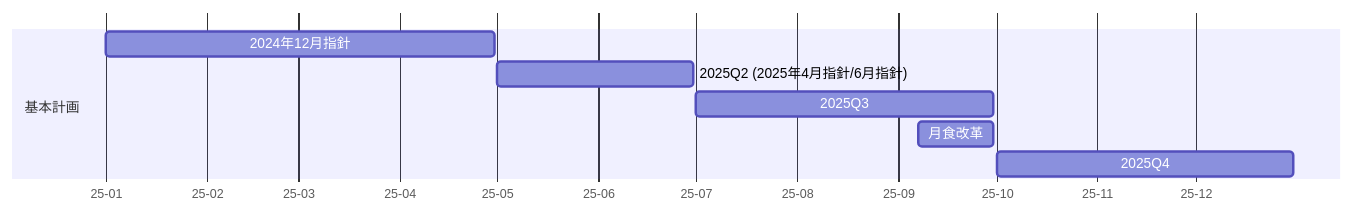
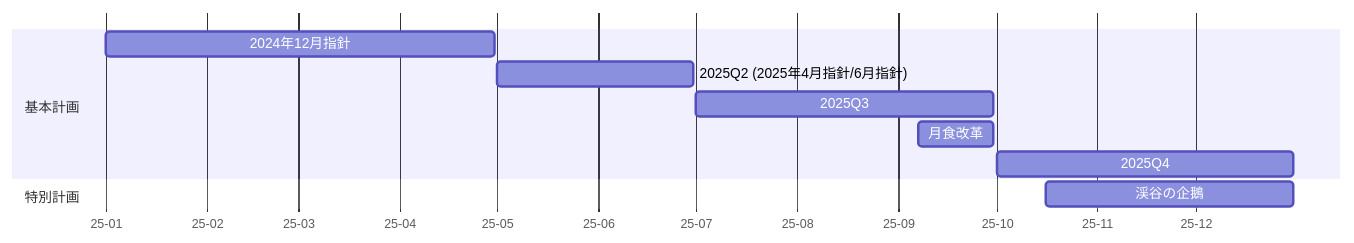
Before and after one commit to Lemon73-Computing/lemon73-computing.github.io: the fourth of 4 diagrams in static/archives/orgs-projects.md, drawn with Mermaid. The commit also changed 1 other file, not shown here.

Commit message:
docs(gulch): create new special-project

````diff
--- a/static/archives/orgs-projects.md
+++ b/static/archives/orgs-projects.md
@@ -50,13 +50,16 @@
 ```mermaid
 gantt
 
 dateFormat YYYY-MM-DD
 axisFormat %y-%m
 
 section 基本計画
   2024年12月指針:                   q1,     2025-01-01, 2025-04-30
   2025Q2 (2025年4月指針/6月指針):   q2,     2025-05-01, 2025-06-30
   2025Q3:                           q3,     2025-07-01, 2025-09-30
   月食改革:                         luna,   2025-09-07, 2025-09-30
   2025Q4:                           q4,     2025-10-01, 2025-12-31
+
+section 特別計画
+  渓谷の企鵝: gulch,  2025-10-16, 2025-12-31
 ```
````
